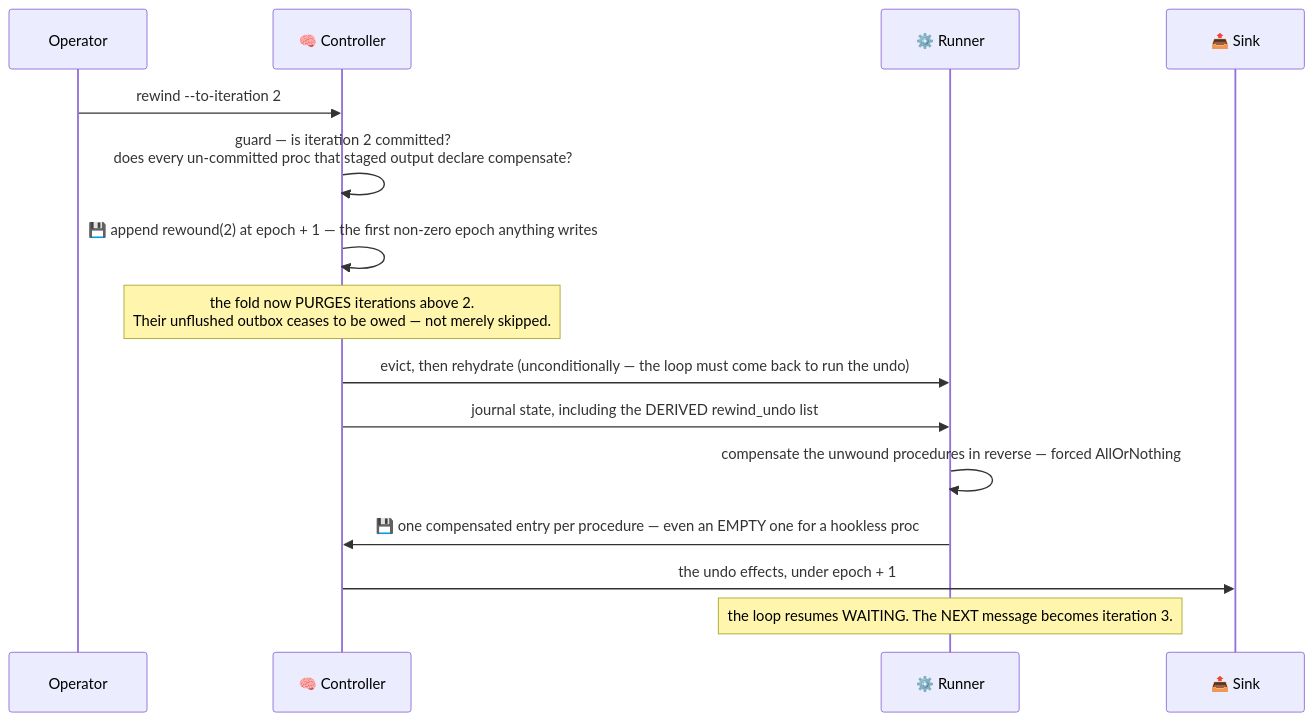
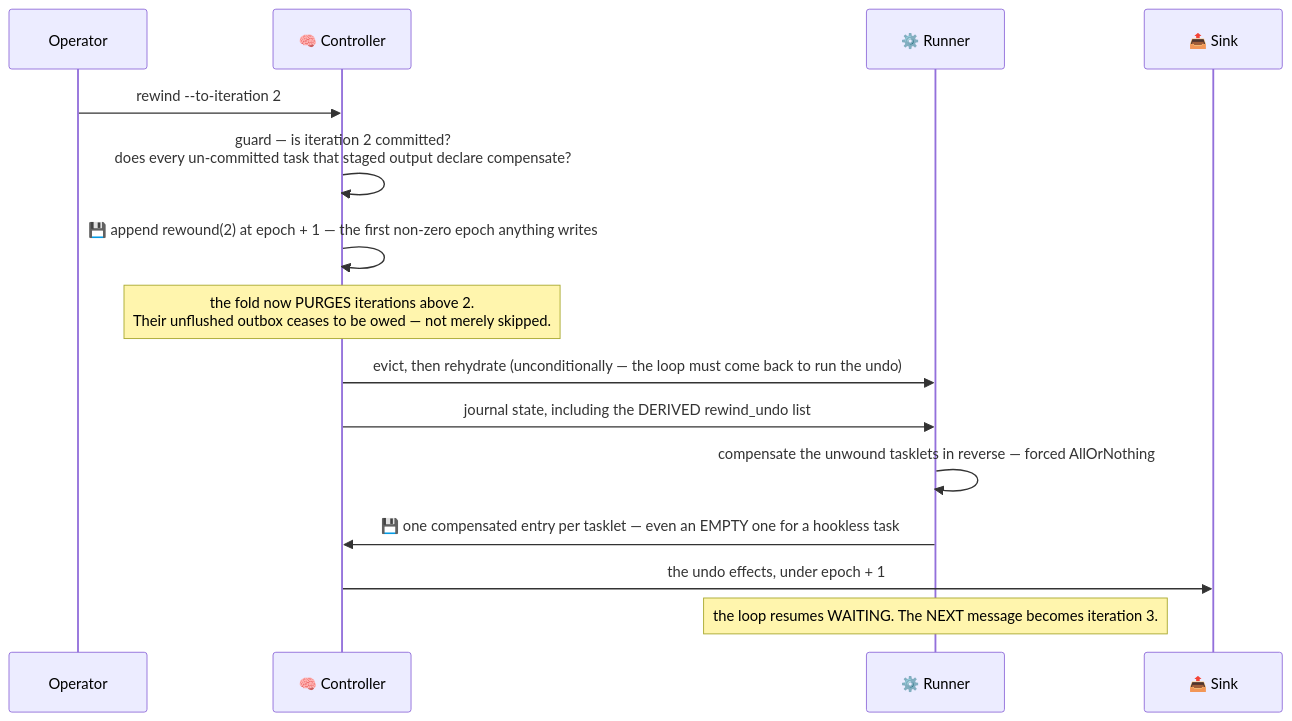
The eighth of 8 diagrams in docs/architecture/workflow_profile.md (Flezha/flezha), drawn with Mermaid before and after one commit. The commit also changed other lines of this file and 604 other files, not shown here.

First line of the commit message:
Rename Procedure to Tasklet and Entity to Cell

````diff
--- a/docs/architecture/workflow_profile.md
+++ b/docs/architecture/workflow_profile.md
@@ -373,18 +373,18 @@
 ```mermaid
 sequenceDiagram
     participant OP as Operator
     participant CTRL as 🧠 Controller
     participant EX as ⚙️ Runner
     participant SINK as 📤 Sink
 
     OP->>CTRL: rewind --to-iteration 2
-    CTRL->>CTRL: guard — is iteration 2 committed?<br/>does every un-committed proc that staged output declare compensate?
+    CTRL->>CTRL: guard — is iteration 2 committed?<br/>does every un-committed task that staged output declare compensate?
     CTRL->>CTRL: 💾 append rewound(2) at epoch + 1 — the first non-zero epoch anything writes
     Note over CTRL: the fold now PURGES iterations above 2.<br/>Their unflushed outbox ceases to be owed — not merely skipped.
     CTRL->>EX: evict, then rehydrate (unconditionally — the loop must come back to run the undo)
     CTRL->>EX: journal state, including the DERIVED rewind_undo list
-    EX->>EX: compensate the unwound procedures in reverse — forced AllOrNothing
-    EX->>CTRL: 💾 one compensated entry per procedure — even an EMPTY one for a hookless proc
+    EX->>EX: compensate the unwound tasklets in reverse — forced AllOrNothing
+    EX->>CTRL: 💾 one compensated entry per tasklet — even an EMPTY one for a hookless task
     CTRL->>SINK: the undo effects, under epoch + 1
     Note over EX: the loop resumes WAITING. The NEXT message becomes iteration 3.
 ```
````
